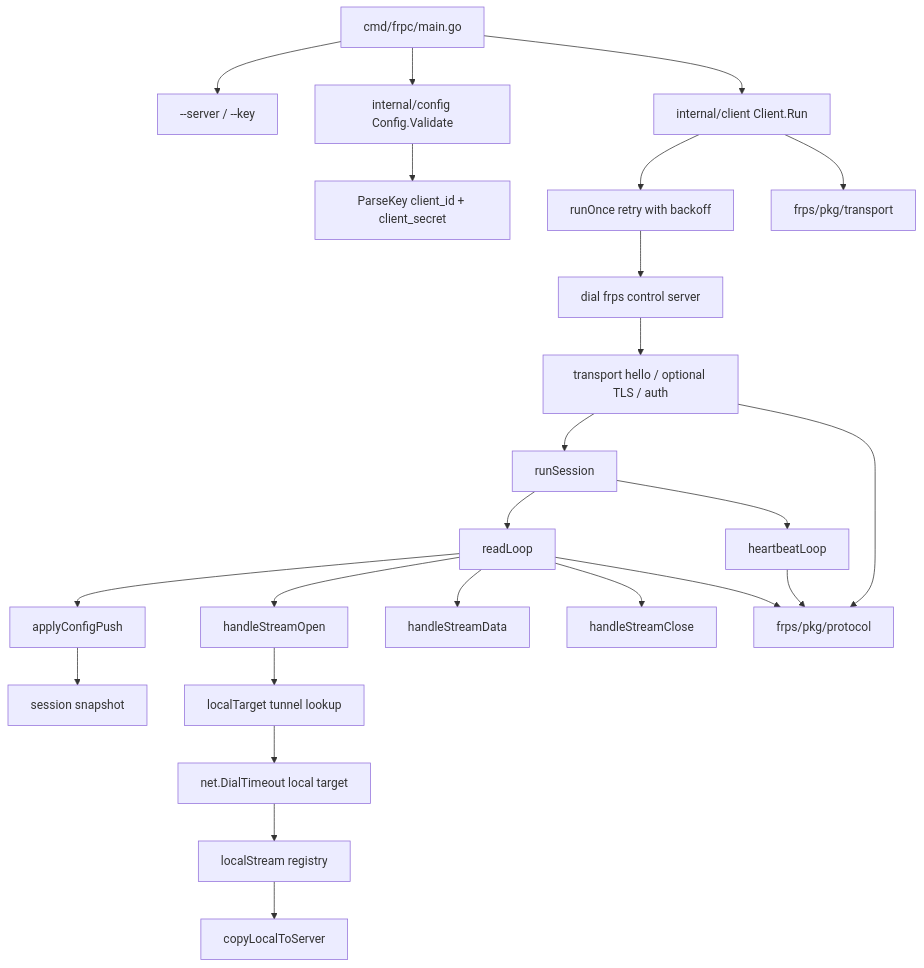
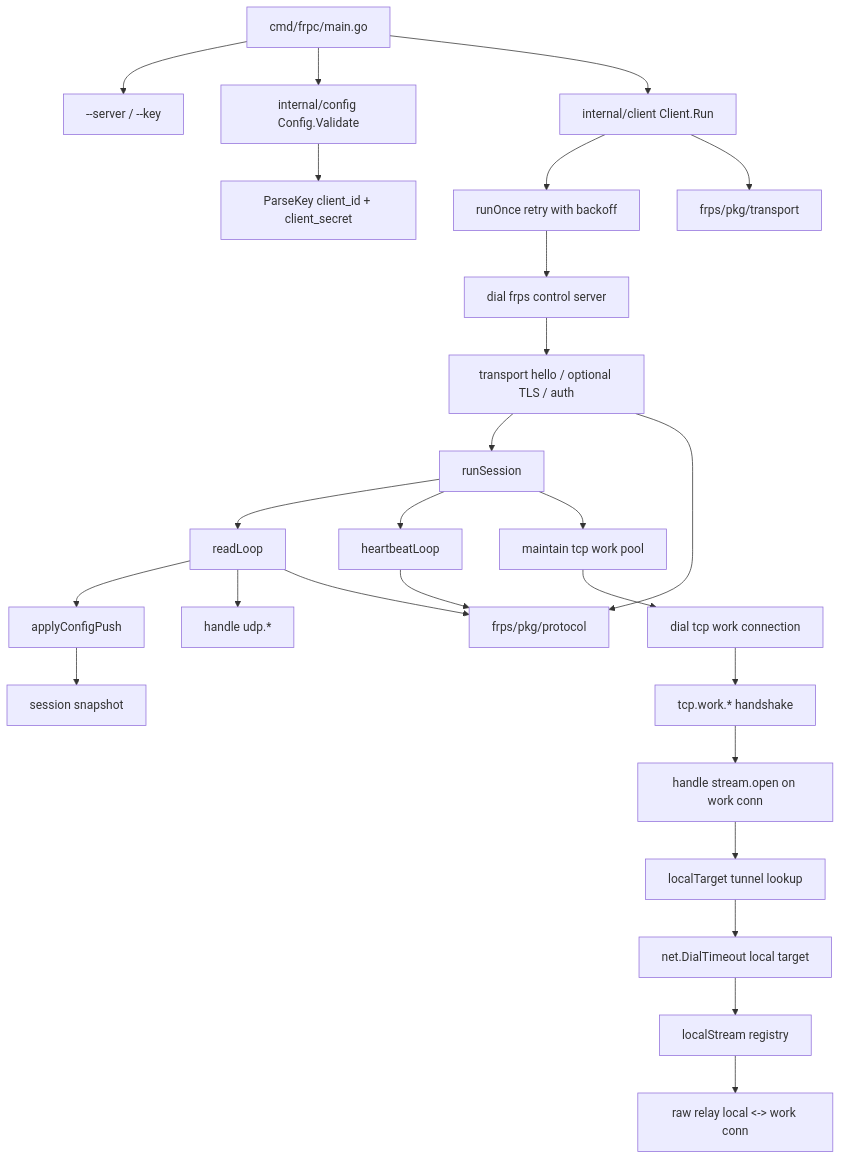
One commit to Zightch/frp changed the third of 6 diagrams in docs/frps-frpc-current-architecture.md. Above: the diagram before and after it, drawn with Mermaid. The commit also changed other lines of this file and 20 other files, not shown here.

Commit message:
refactor: finalize tcp work data plane cleanup

````diff
--- a/docs/frps-frpc-current-architecture.md
+++ b/docs/frps-frpc-current-architecture.md
@@ -90,31 +92,34 @@
 ```mermaid
 flowchart TB
     Main[cmd/frpc/main.go] --> Flags[--server / --key]
     Main --> Config[internal/config Config.Validate]
     Config --> Key[ParseKey client_id + client_secret]
     Main --> Client[internal/client Client.Run]
 
     Client --> Reconnect[runOnce retry with backoff]
     Reconnect --> Dial[dial frps control server]
     Dial --> Login[transport hello / optional TLS / auth]
     Login --> Session[runSession]
 
     Session --> ReadLoop[readLoop]
     Session --> Heartbeat[heartbeatLoop]
+    Session --> WorkPool[maintain tcp work pool]
 
     ReadLoop --> ConfigPush[applyConfigPush]
-    ReadLoop --> StreamOpen[handleStreamOpen]
-    ReadLoop --> StreamData[handleStreamData]
-    ReadLoop --> StreamClose[handleStreamClose]
+    ReadLoop --> UDP[handle udp.*]
+
+    WorkPool --> WorkDial[dial tcp work connection]
+    WorkDial --> WorkHello[tcp.work.* handshake]
+    WorkHello --> StreamOpen[handle stream.open on work conn]
 
     ConfigPush --> Snapshot[session snapshot]
     StreamOpen --> Target[localTarget tunnel lookup]
     Target --> LocalDial[net.DialTimeout local target]
     LocalDial --> LocalStream[localStream registry]
-    LocalStream --> CopyLocal[copyLocalToServer]
+    LocalStream --> Relay[raw relay local <-> work conn]
 
     Login --> Protocol[frps/pkg/protocol]
     ReadLoop --> Protocol
     Heartbeat --> Protocol
     Client --> Transport[frps/pkg/transport]
 ```
````
